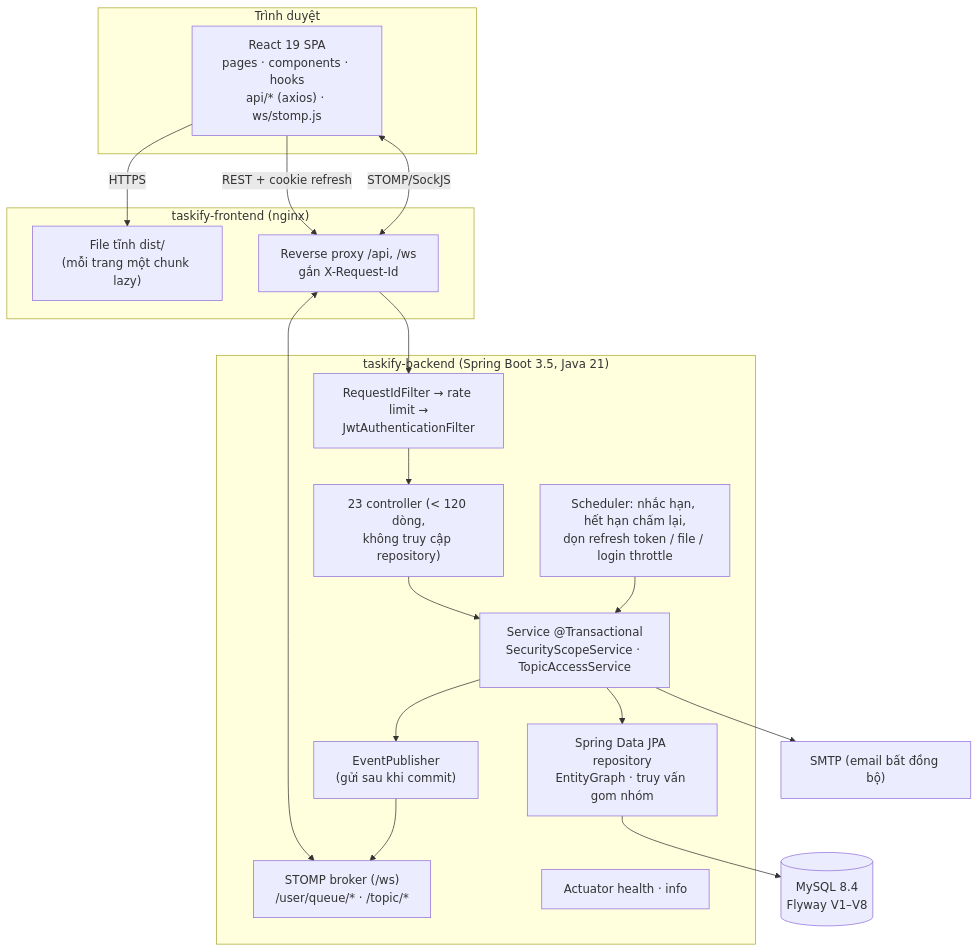
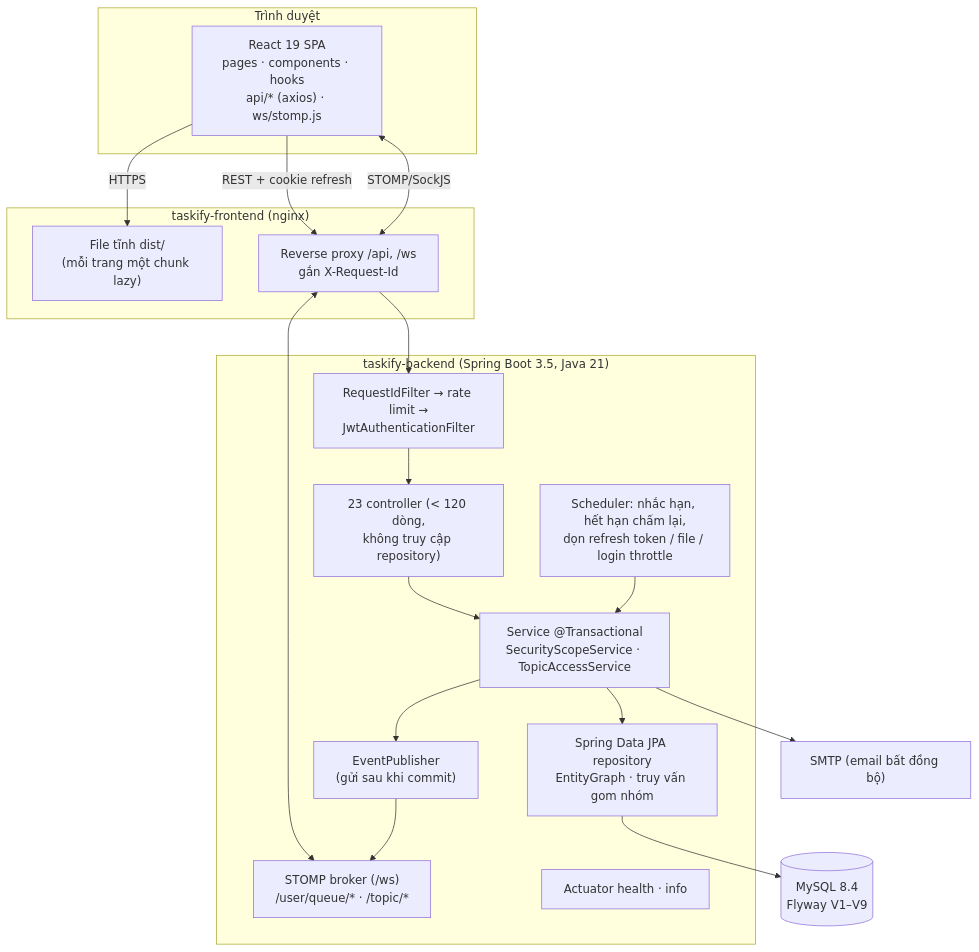
The first of 6 diagrams in docs/ARCHITECTURE.md (NguyenTanSang2210/Taskify), drawn with Mermaid before and after one commit. The commit also changed other lines of this file and 29 other files, not shown here.

````diff
--- a/docs/ARCHITECTURE.md
+++ b/docs/ARCHITECTURE.md
@@ -7,33 +7,33 @@
 ```mermaid
 flowchart TB
   subgraph Client["Trình duyệt"]
     SPA["React 19 SPA<br/>pages · components · hooks<br/>api/* (axios) · ws/stomp.js"]
   end
 
   subgraph FE["taskify-frontend (nginx)"]
     STATIC["File tĩnh dist/<br/>(mỗi trang một chunk lazy)"]
     PROXY["Reverse proxy /api, /ws<br/>gắn X-Request-Id"]
   end
 
   subgraph BE["taskify-backend (Spring Boot 3.5, Java 21)"]
     FILTERS["RequestIdFilter → rate limit →<br/>JwtAuthenticationFilter"]
     CTRL["23 controller (< 120 dòng,<br/>không truy cập repository)"]
     SVC["Service @Transactional<br/>SecurityScopeService · TopicAccessService"]
     REPO["Spring Data JPA repository<br/>EntityGraph · truy vấn gom nhóm"]
     WS["STOMP broker (/ws)<br/>/user/queue/* · /topic/*"]
     EVT["EventPublisher<br/>(gửi sau khi commit)"]
     JOBS["Scheduler: nhắc hạn, hết hạn chấm lại,<br/>dọn refresh token / file / login throttle"]
     ACT["Actuator health · info"]
   end
 
-  DB[("MySQL 8.4<br/>Flyway V1–V8")]
+  DB[("MySQL 8.4<br/>Flyway V1–V9")]
   MAIL["SMTP (email bất đồng bộ)"]
 
   SPA -->|HTTPS| STATIC
   SPA -->|REST + cookie refresh| PROXY --> FILTERS --> CTRL --> SVC --> REPO --> DB
   SPA <-->|STOMP/SockJS| PROXY
   PROXY <--> WS
   SVC --> EVT --> WS
   SVC --> MAIL
   JOBS --> SVC
 ```
````
